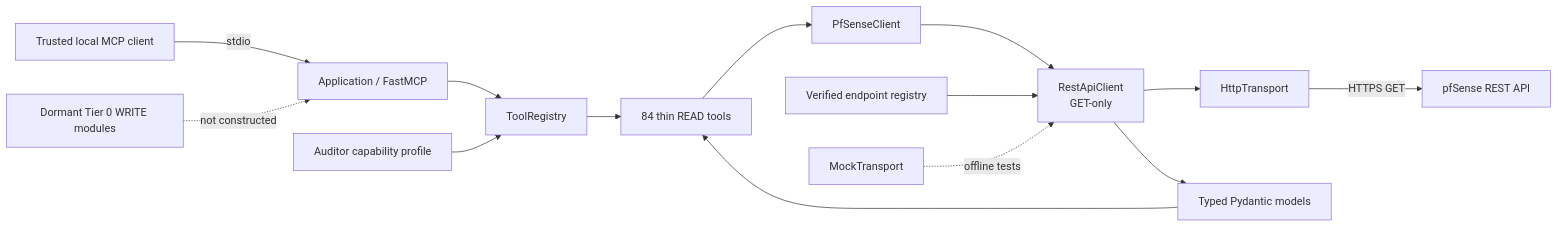
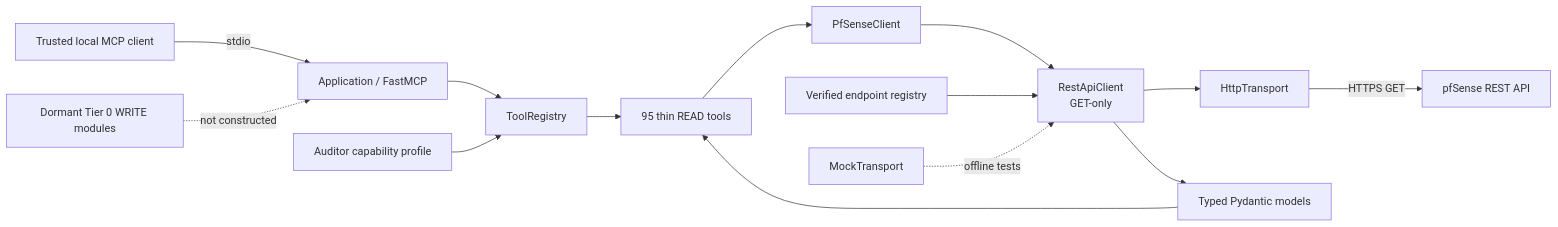
Before and after one commit to night4me/pfsense-mcp-server: the first of 10 diagrams in docs/ARCHITECTURE_DIAGRAMS.md, drawn with Mermaid. The commit also changed other lines of this file and 15 other files, not shown here.

````diff
--- a/docs/ARCHITECTURE_DIAGRAMS.md
+++ b/docs/ARCHITECTURE_DIAGRAMS.md
@@ -13,18 +13,18 @@
 ```mermaid
 flowchart LR
     Caller[Trusted local MCP client] -->|stdio| App[Application / FastMCP]
     App --> Registry[ToolRegistry]
-    Registry --> Tools[84 thin READ tools]
+    Registry --> Tools[95 thin READ tools]
     Tools --> Domain[PfSenseClient]
     Domain --> Rest[RestApiClient\nGET-only]
     Rest --> Transport[HttpTransport]
     Transport -->|HTTPS GET| PfSense[pfSense REST API]
     Rest --> Models[Typed Pydantic models]
     Models --> Tools
 
     Profile[Auditor capability profile] --> Registry
     Endpoints[Verified endpoint registry] --> Rest
     Mock[MockTransport] -. offline tests .-> Rest
 
     Tier0[Dormant Tier 0 WRITE modules] -. not constructed .-> App
 ```
````
